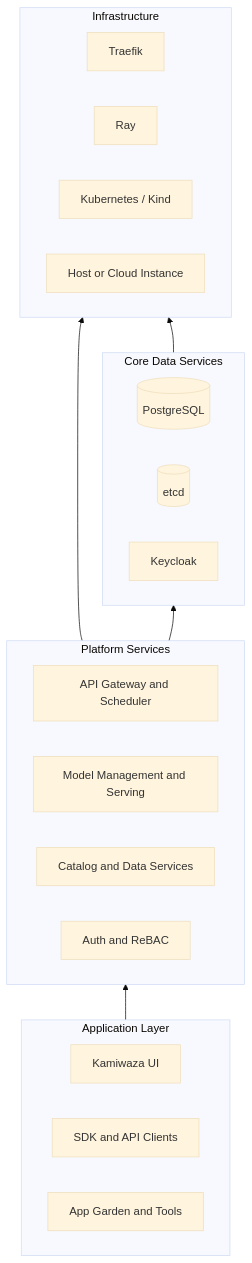
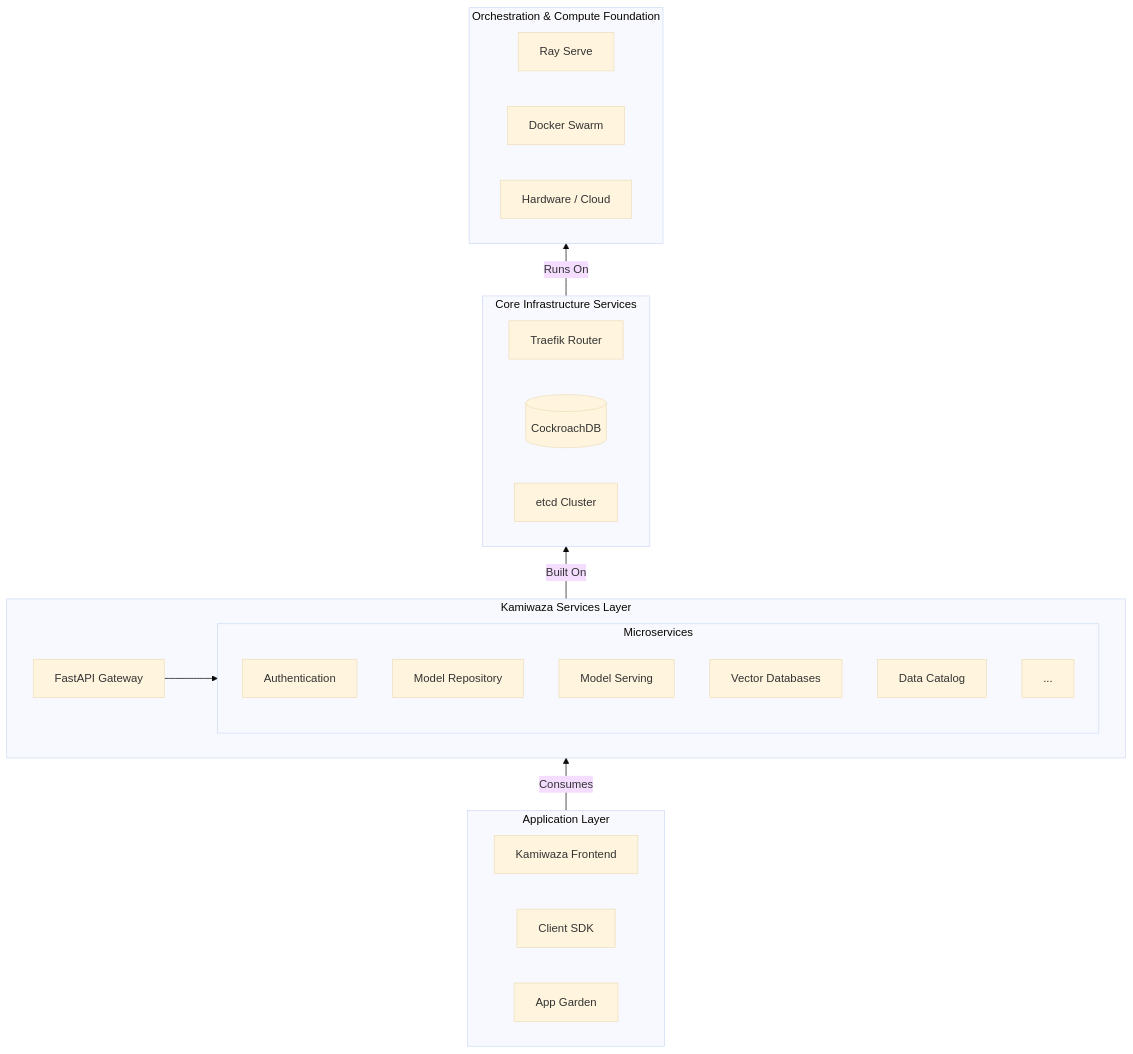
The diagram in docs/versioned_docs/version-0.11.0/architecture/overview.md (kamiwaza-ai/kamiwaza-docs), drawn with Mermaid (base theme) before and after one commit. The commit also changed other lines of this file and 34 other files, not shown here.

````diff
--- a/docs/versioned_docs/version-0.11.0/architecture/overview.md
+++ b/docs/versioned_docs/version-0.11.0/architecture/overview.md
@@ -11,37 +13,41 @@
 ```mermaid
 flowchart BT
     subgraph AppLayer[Application Layer]
         direction LR
-        Frontend[Kamiwaza UI]
-        SDK[SDK and API Clients]
-        Apps[App Garden and Tools]
+        Frontend[Kamiwaza Frontend]
+        ClientSDK[Client SDK]
+        AppGarden[App Garden]
     end
 
-    subgraph PlatformLayer[Platform Services]
+    subgraph KamiwazaServices[Kamiwaza Services Layer]
         direction LR
-        Gateway[API Gateway and Scheduler]
-        Models[Model Management and Serving]
-        Catalog[Catalog and Data Services]
-        Security[Auth and ReBAC]
+        FastAPI[FastAPI Gateway]
+        subgraph Services[Microservices]
+            Auth[Authentication]
+            ModelRepo[Model Repository]
+            ModelServe[Model Serving]
+            VectorDB[Vector Databases]
+            Catalog[Data Catalog]
+            More[...]
+        end
+        FastAPI --> Services
     end
 
-    subgraph DataLayer[Core Data Services]
+    subgraph CoreServices[Core Infrastructure Services]
         direction LR
-        Postgres[(PostgreSQL)]
-        Etcd[(etcd)]
-        Keycloak[Keycloak]
+        Traefik[Traefik Router]
+        DB[(CockroachDB)]
+        ETCD[etcd Cluster]
     end
 
-    subgraph InfraLayer[Infrastructure]
+    subgraph Foundation[Orchestration & Compute Foundation]
         direction LR
-        Traefik[Traefik]
-        Ray[Ray]
-        K8s[Kubernetes / Kind]
-        Host[Host or Cloud Instance]
+        Ray[Ray Serve]
+        Swarm[Docker Swarm]
+        HW[Hardware / Cloud]
     end
 
-    AppLayer --> PlatformLayer
-    PlatformLayer --> DataLayer
-    PlatformLayer --> InfraLayer
-    DataLayer --> InfraLayer
+    AppLayer -- Consumes --> KamiwazaServices
+    KamiwazaServices -- Built On --> CoreServices
+    CoreServices -- Runs On --> Foundation
 ```
````
